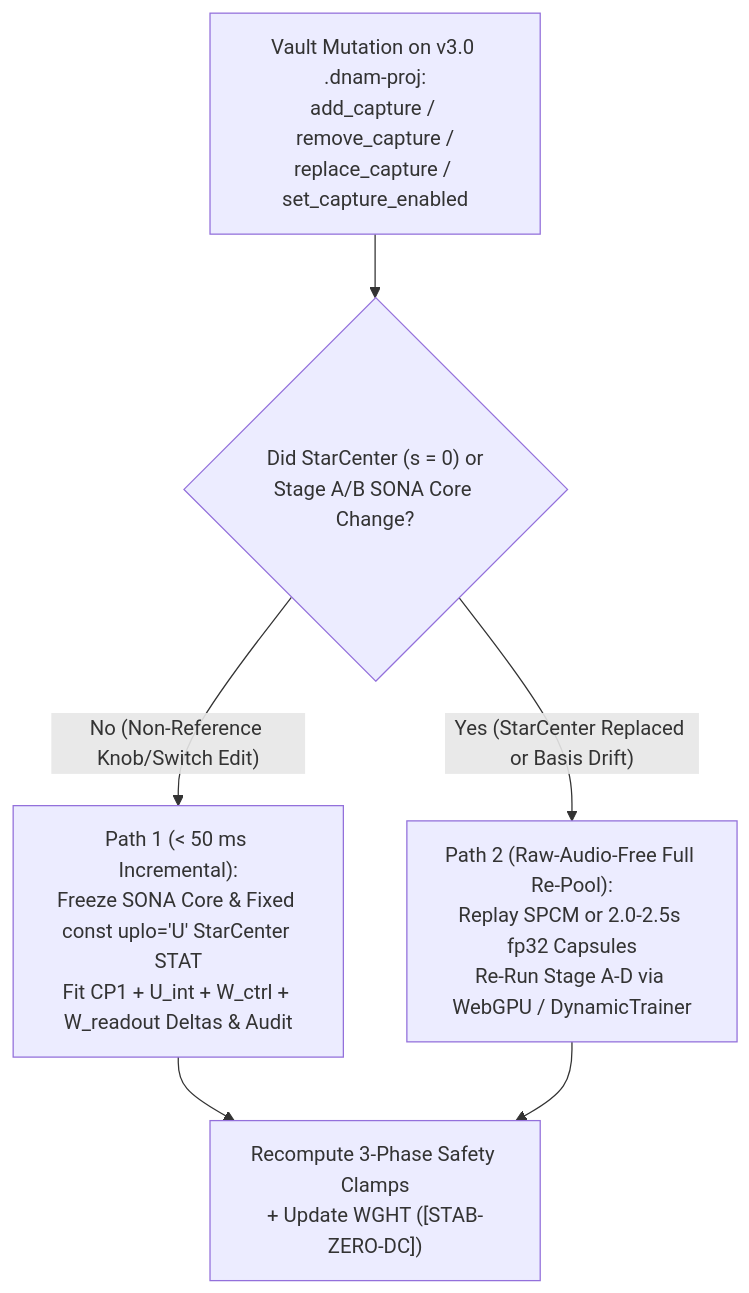
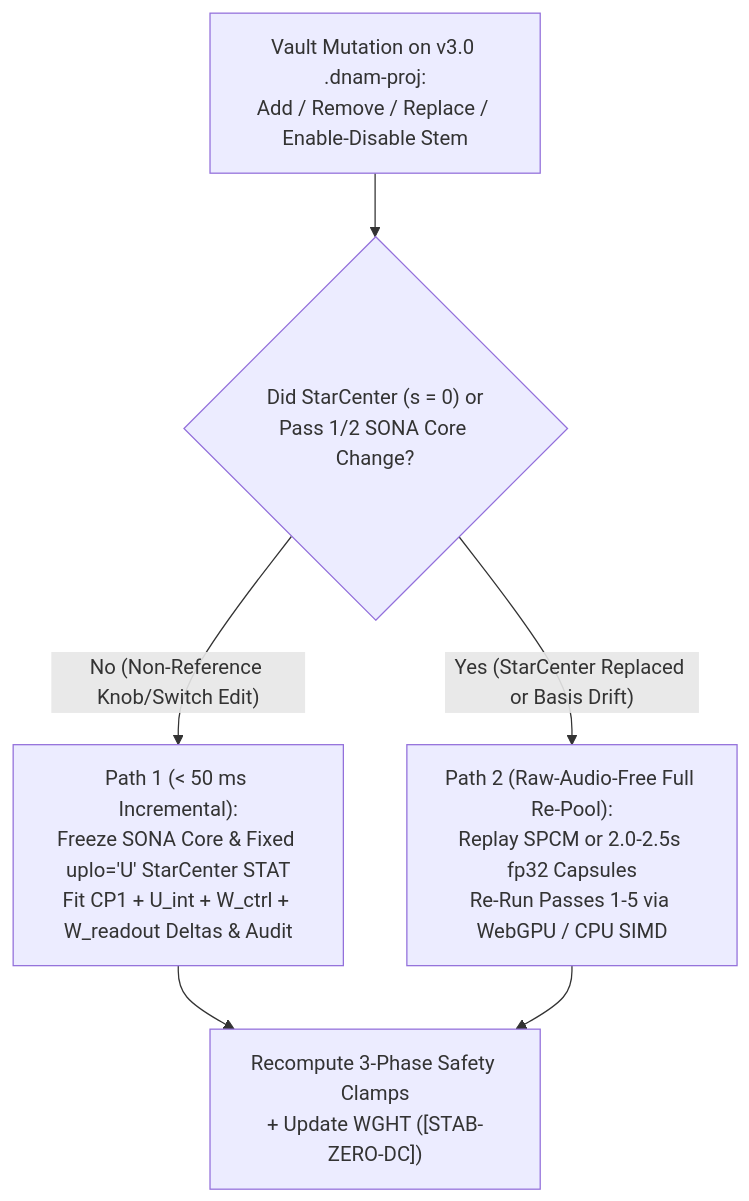
Before and after one commit to mokugen/dnam: the diagram in docs/specs/training/iterative_resume_and_caching.md, drawn with Mermaid. The commit also changed other lines of this file and 198 other files, not shown here.

````diff
--- a/docs/specs/training/iterative_resume_and_caching.md
+++ b/docs/specs/training/iterative_resume_and_caching.md
@@ -30,8 +32,8 @@
 ```mermaid
 flowchart TD
-    Edit["Vault Mutation on v3.0 .dnam-proj:<br/>add_capture / remove_capture /<br/>replace_capture / set_capture_enabled"] --> Gate{"Did StarCenter (s = 0) or<br/>Stage A/B SONA Core Change?"}
-    Gate -- "No (Non-Reference Knob/Switch Edit)" --> Fast["Path 1 (< 50 ms Incremental):<br/>Freeze SONA Core & Fixed const uplo='U' StarCenter STAT<br/>Fit CP1 + U_int + W_ctrl + W_readout Deltas & Audit"]
-    Gate -- "Yes (StarCenter Replaced or Basis Drift)" --> Full["Path 2 (Raw-Audio-Free Full Re-Pool):<br/>Replay SPCM or 2.0-2.5s fp32 Capsules<br/>Re-Run Stage A-D via WebGPU / DynamicTrainer"]
+    Edit["Vault Mutation on v3.0 .dnam-proj:<br/>Add / Remove / Replace / Enable-Disable Stem"] --> Gate{"Did StarCenter (s = 0) or<br/>Pass 1/2 SONA Core Change?"}
+    Gate -- "No (Non-Reference Knob/Switch Edit)" --> Fast["Path 1 (< 50 ms Incremental):<br/>Freeze SONA Core & Fixed uplo='U' StarCenter STAT<br/>Fit CP1 + U_int + W_ctrl + W_readout Deltas & Audit"]
+    Gate -- "Yes (StarCenter Replaced or Basis Drift)" --> Full["Path 2 (Raw-Audio-Free Full Re-Pool):<br/>Replay SPCM or 2.0-2.5s fp32 Capsules<br/>Re-Run Passes 1-5 via WebGPU / CPU SIMD"]
     Fast --> Audit["Recompute 3-Phase Safety Clamps<br/>+ Update WGHT ([STAB-ZERO-DC])"]
     Full --> Audit
 ```
````
